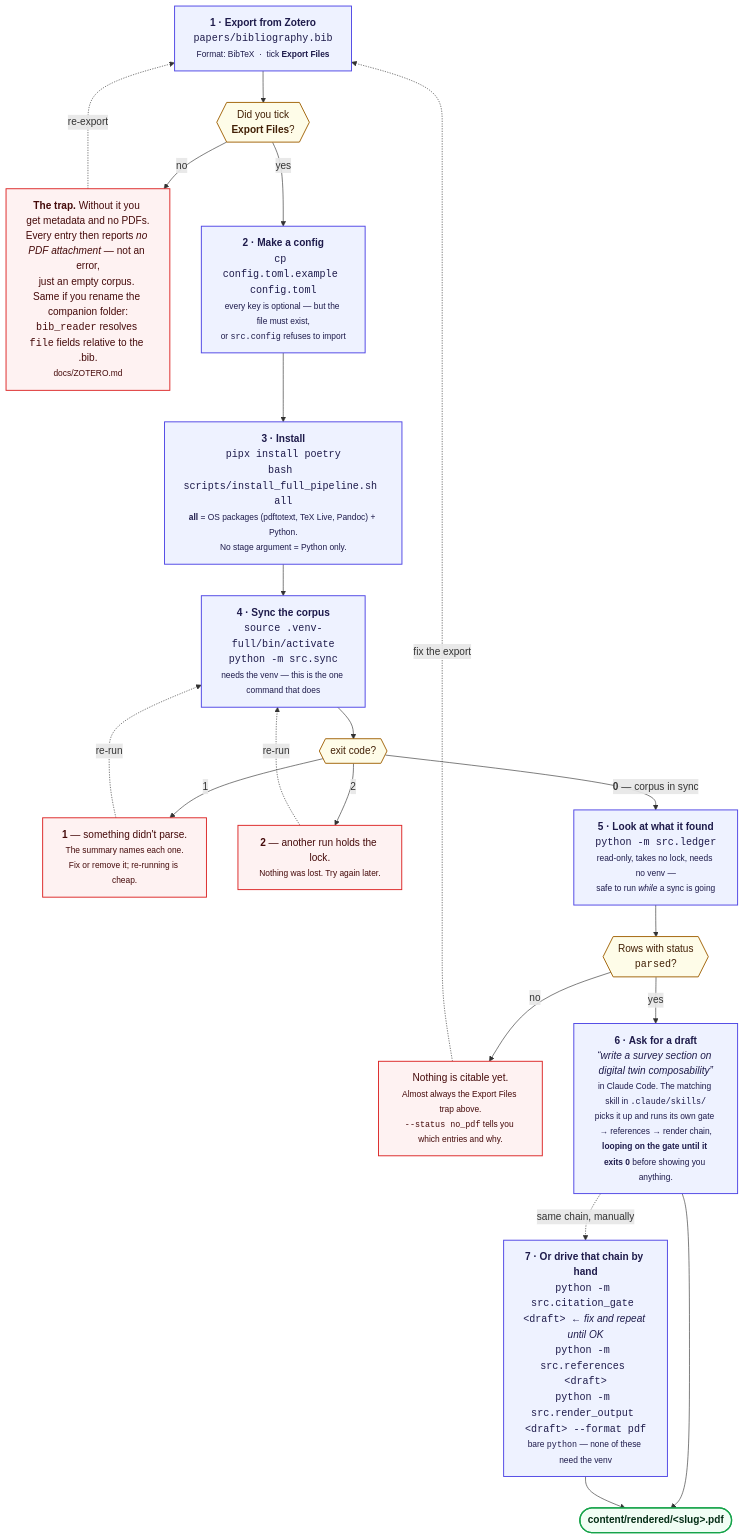
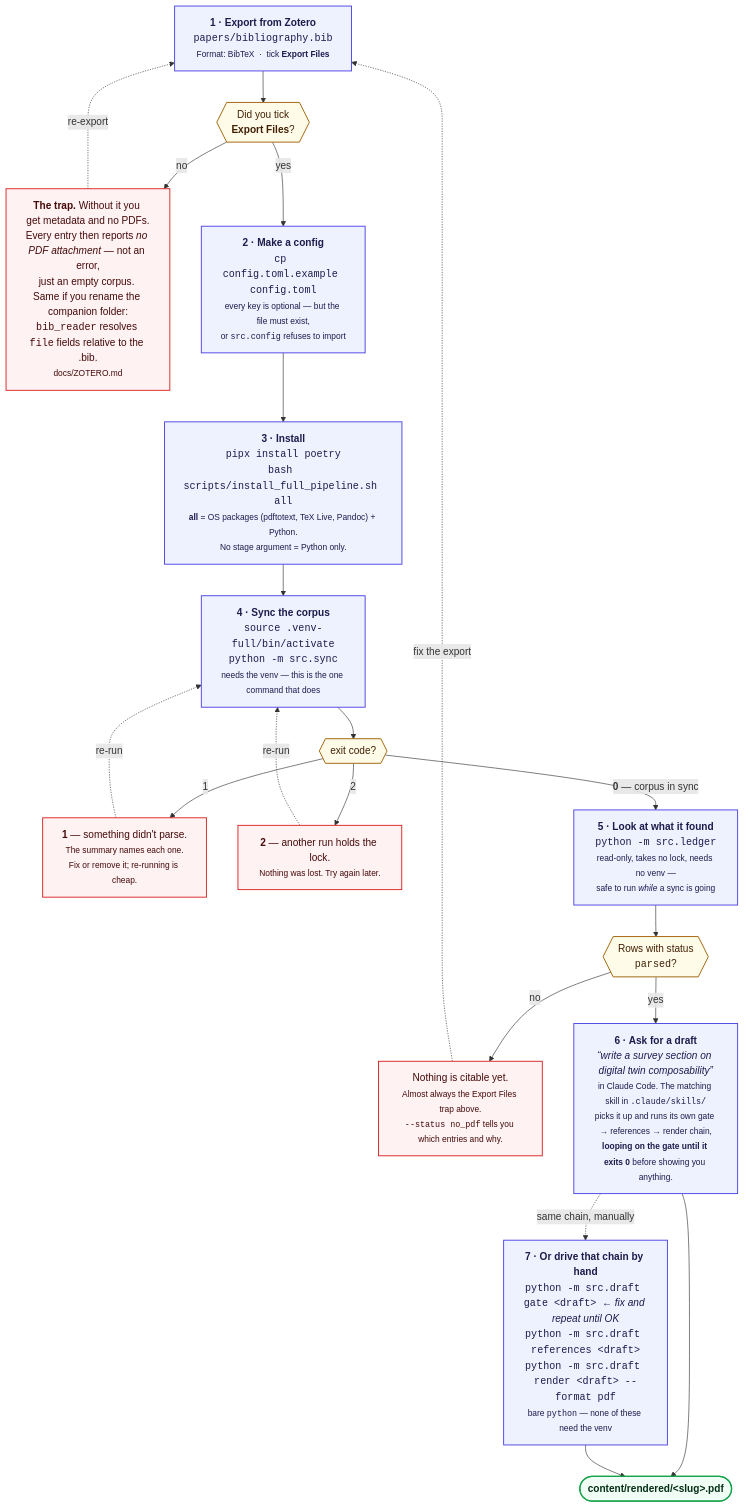
The second of 11 diagrams in docs/DIAGRAMS.md (prasadtalasila/chitragupta), drawn with Mermaid before and after one commit. The commit also changed other lines of this file and 66 other files, not shown here.

````diff
--- a/docs/DIAGRAMS.md
+++ b/docs/DIAGRAMS.md
@@ -109,51 +109,51 @@
 ```mermaid
 flowchart TB
 
   A["<b>1 · Export from Zotero</b><br/><code>papers/bibliography.bib</code><br/><small>Format: BibTeX &nbsp;·&nbsp; tick <b>Export Files</b></small>"]
   A1{{"Did you tick<br/><b>Export Files</b>?"}}
   ATRAP["<b>The trap.</b> Without it you get metadata and no PDFs.<br/>Every entry then reports <i>no PDF attachment</i> — not an error,<br/>just an empty corpus. Same if you rename the companion folder:<br/><code>bib_reader</code> resolves <code>file</code> fields relative to the .bib.<br/><small>docs/ZOTERO.md</small>"]
 
   B["<b>2 · Make a config</b><br/><code>cp config.toml.example config.toml</code><br/><small>every key is optional — but the file must exist,<br/>or <code>src.config</code> refuses to import</small>"]
 
   C["<b>3 · Install</b><br/><code>pipx install poetry</code><br/><code>bash scripts/install_full_pipeline.sh all</code><br/><small><b>all</b> = OS packages (pdftotext, TeX Live, Pandoc) + Python.<br/>No stage argument = Python only.</small>"]
 
   D["<b>4 · Sync the corpus</b><br/><code>source .venv-full/bin/activate</code><br/><code>python -m src.sync</code><br/><small>needs the venv — this is the one command that does</small>"]
   D1{{"exit code?"}}
   DFAIL["<b>1</b> — something didn't parse.<br/><small>The summary names each one.<br/>Fix or remove it; re-running is cheap.</small>"]
   DBUSY["<b>2</b> — another run holds the lock.<br/><small>Nothing was lost. Try again later.</small>"]
 
   E["<b>5 · Look at what it found</b><br/><code>python -m src.ledger</code><br/><small>read-only, takes no lock, needs no venv —<br/>safe to run <i>while</i> a sync is going</small>"]
   E1{{"Rows with status<br/><code>parsed</code>?"}}
   EEMPTY["Nothing is citable yet.<br/><small>Almost always the Export Files trap above.<br/><code>--status no_pdf</code> tells you which entries and why.</small>"]
 
   F["<b>6 · Ask for a draft</b><br/><i>“write a survey section on digital twin composability”</i><br/><small>in Claude Code. The matching skill in <code>.claude/skills/</code><br/>picks it up and runs its own gate → references → render chain,<br/><b>looping on the gate until it exits 0</b> before showing you anything.</small>"]
 
-  G["<b>7 · Or drive that chain by hand</b><br/><code>python -m src.citation_gate &lt;draft&gt;</code> &nbsp;<i>← fix and repeat until OK</i><br/><code>python -m src.references &lt;draft&gt;</code><br/><code>python -m src.render_output &lt;draft&gt; --format pdf</code><br/><small>bare <code>python</code> — none of these need the venv</small>"]
+  G["<b>7 · Or drive that chain by hand</b><br/><code>python -m src.draft gate &lt;draft&gt;</code> &nbsp;<i>← fix and repeat until OK</i><br/><code>python -m src.draft references &lt;draft&gt;</code><br/><code>python -m src.draft render &lt;draft&gt; --format pdf</code><br/><small>bare <code>python</code> — none of these need the venv</small>"]
 
   DONE(["<b>content/rendered/&lt;slug&gt;.pdf</b>"])
 
   A --> A1
   A1 -- no --> ATRAP
   ATRAP -. "re-export" .-> A
   A1 -- yes --> B --> C --> D --> D1
   D1 -- "1" --> DFAIL
   D1 -- "2" --> DBUSY
   DBUSY -. "re-run" .-> D
   DFAIL -. "re-run" .-> D
   D1 -- "<b>0</b> — corpus in sync" --> E --> E1
   E1 -- no --> EEMPTY
   EEMPTY -. "fix the export" .-> A
   E1 -- yes --> F --> DONE
   F -. "same chain, manually" .-> G
   G --> DONE
 
   classDef step fill:#eef2ff,stroke:#4f46e5,stroke-width:1.5px,color:#1e1b4b
   classDef check fill:#fefce8,stroke:#a16207,stroke-width:1.5px,color:#422006
   classDef trap fill:#fef2f2,stroke:#dc2626,stroke-width:1.5px,color:#450a0a
   classDef done fill:#f0fdf4,stroke:#16a34a,stroke-width:2px,color:#052e16
 
   class A,B,C,D,E,F,G step
   class A1,D1,E1 check
   class ATRAP,EEMPTY,DFAIL,DBUSY trap
   class DONE done
 ```
````
